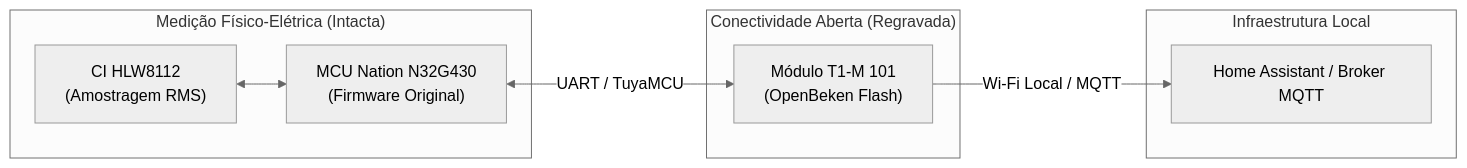
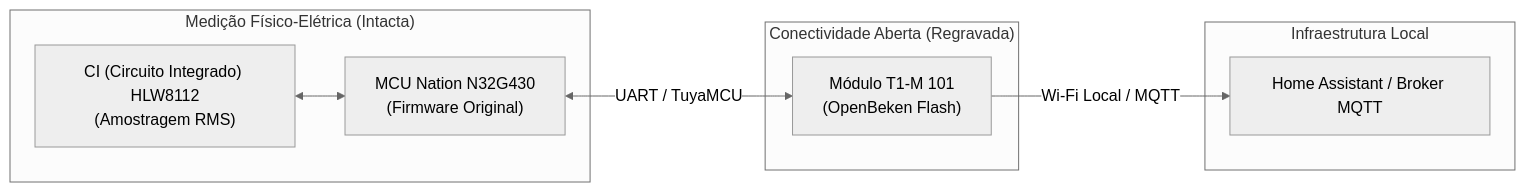
Before and after one commit to fgbettio/MonitorEnergiaTuya: the diagram in SRC/V0/passo_a_passo_solucao_a.md, drawn with Mermaid (neutral theme). The commit also changed other lines of this file and 4 other files, not shown here.

````diff
--- a/SRC/V0/passo_a_passo_solucao_a.md
+++ b/SRC/V0/passo_a_passo_solucao_a.md
@@ -9,14 +9,14 @@
 ```mermaid
 flowchart LR
     subgraph "Medição Físico-Elétrica (Intacta)"
-        HLW["CI HLW8112\n(Amostragem RMS)"] <--> MCU["MCU Nation N32G430\n(Firmware Original)"]
+        HLW["CI (Circuito Integrado) HLW8112\n(Amostragem RMS)"] <--> MCU["MCU Nation N32G430\n(Firmware Original)"]
     end
 
     subgraph "Conectividade Aberta (Regravada)"
         MCU <-->|UART / TuyaMCU| T1M["Módulo T1-M 101\n(OpenBeken Flash)"]
     end
 
     subgraph "Infraestrutura Local"
         T1M -->|Wi-Fi Local / MQTT| HA["Home Assistant / Broker MQTT"]
     end
 ```
````
